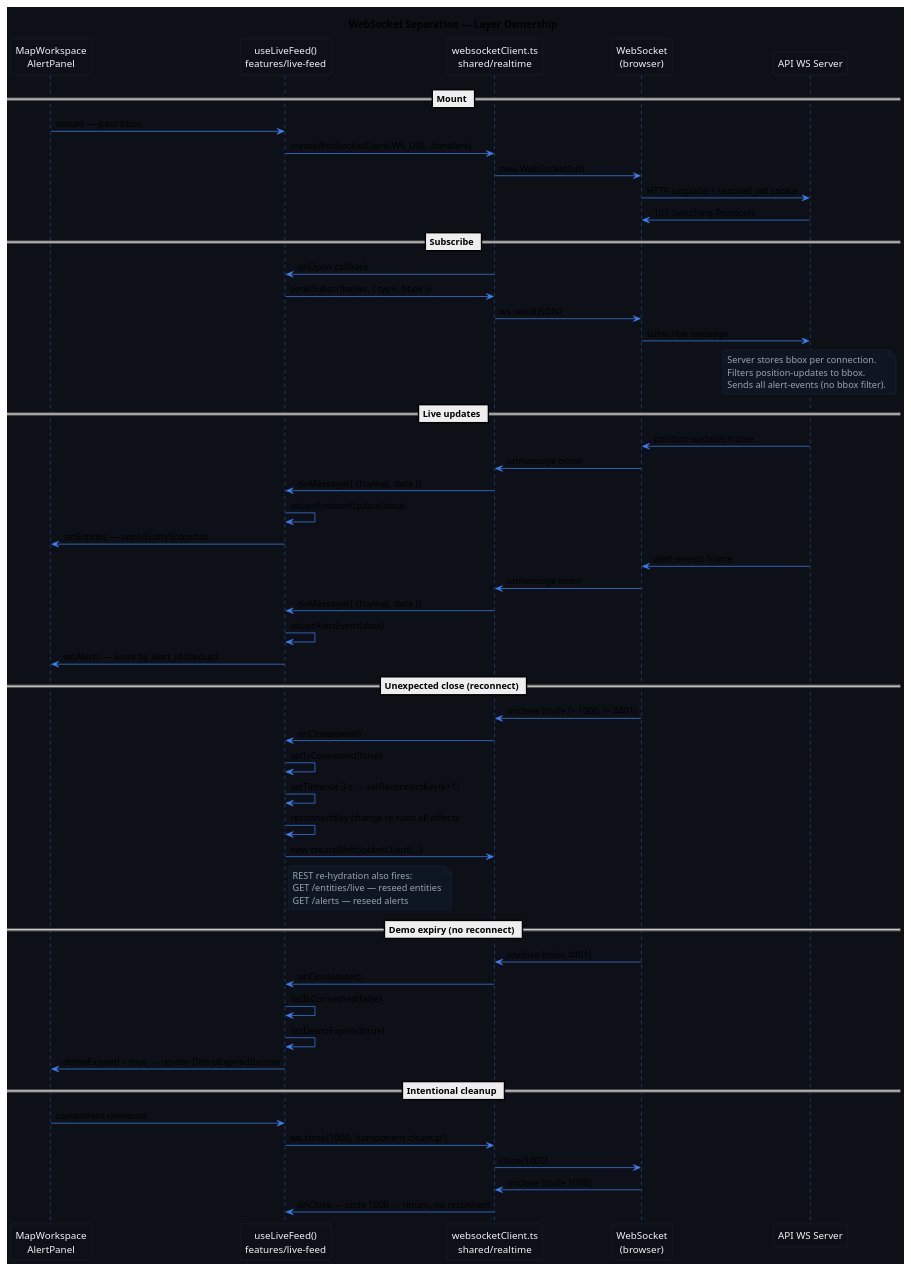
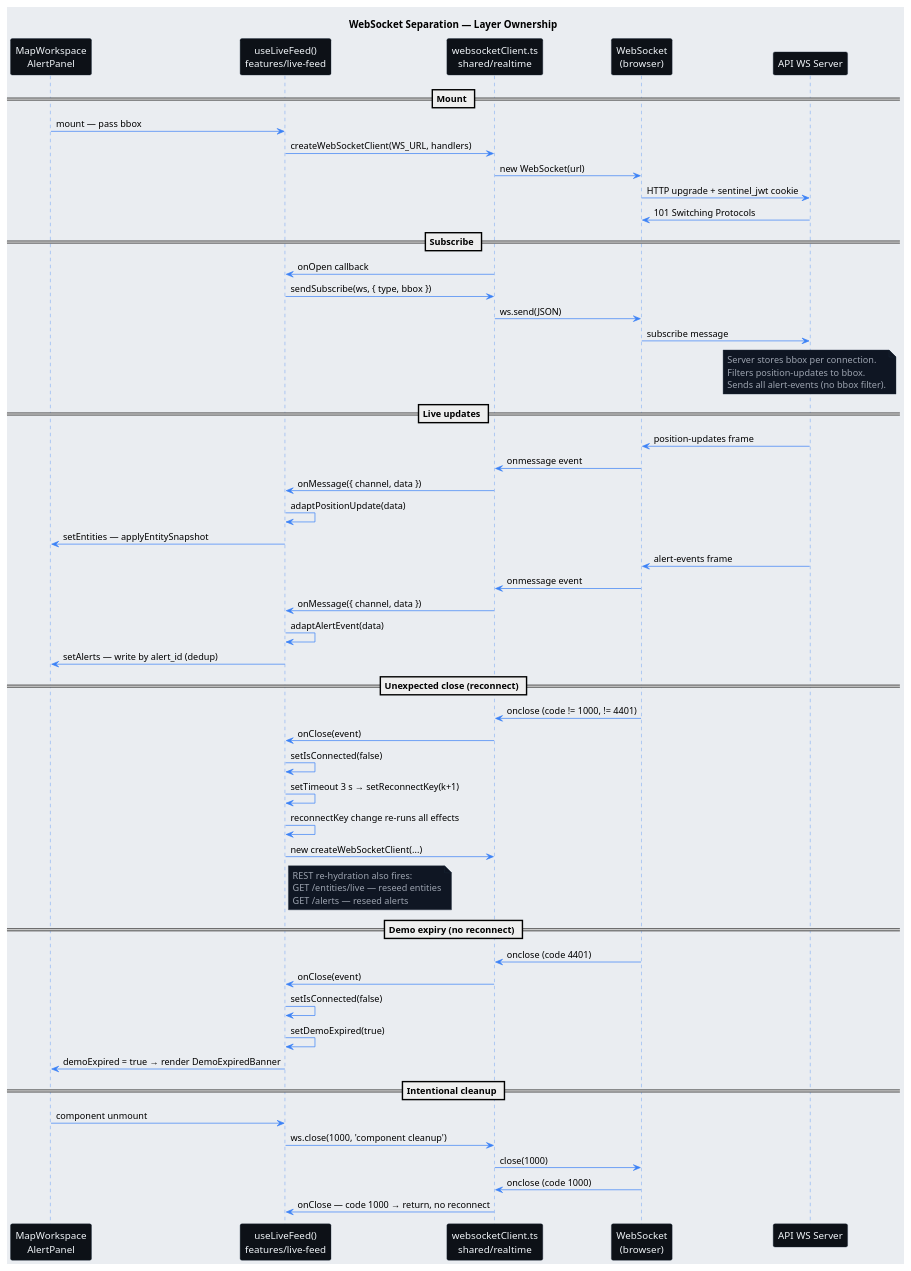
One commit to Buffden/sentinel changed the diagram in docs/implementation/phase-03-signal-loss-alert-delivery/concepts/dashboard/ws-separation-flow.puml. Above: the diagram before and after it, drawn with PlantUML.

Commit message:
docs: update ws-separation-flow diagram background color

```diff
--- a/docs/implementation/phase-03-signal-loss-alert-delivery/concepts/dashboard/ws-separation-flow.puml
+++ b/docs/implementation/phase-03-signal-loss-alert-delivery/concepts/dashboard/ws-separation-flow.puml
@@ -1,85 +1,85 @@
 @startuml ws-separation-flow
 title WebSocket Separation — Layer Ownership
 
-skinparam backgroundColor #0d1117
+skinparam backgroundColor #eaedf1
 skinparam sequenceArrowColor #3b82f6
 skinparam sequenceLifeLineBorderColor #3b82f6
 skinparam participantBorderColor #1e2d3d
 skinparam participantBackgroundColor #0d1117
 skinparam participantFontColor #f1f5f9
 skinparam noteBorderColor #1e2d3d
 skinparam noteBackgroundColor #0f1623
 skinparam noteFontColor #9ca3af
 
 participant "MapWorkspace\nAlertPanel" as UI
 participant "useLiveFeed()\nfeatures/live-feed" as Hook
 participant "websocketClient.ts\nshared/realtime" as Client
 participant "WebSocket\n(browser)" as WS
 participant "API WS Server" as API
 
 == Mount ==
 
 UI -> Hook : mount — pass bbox
 Hook -> Client : createWebSocketClient(WS_URL, handlers)
 Client -> WS : new WebSocket(url)
 WS -> API : HTTP upgrade + sentinel_jwt cookie
 API -> WS : 101 Switching Protocols
 
 == Subscribe ==
 
 Client -> Hook : onOpen callback
 Hook -> Client : sendSubscribe(ws, { type, bbox })
 Client -> WS : ws.send(JSON)
 WS -> API : subscribe message
 
 note over API
   Server stores bbox per connection.
   Filters position-updates to bbox.
   Sends all alert-events (no bbox filter).
 end note
 
 == Live updates ==
 
 API -> WS : position-updates frame
 WS -> Client : onmessage event
 Client -> Hook : onMessage({ channel, data })
 Hook -> Hook : adaptPositionUpdate(data)
 Hook -> UI : setEntities — applyEntitySnapshot
 
 API -> WS : alert-events frame
 WS -> Client : onmessage event
 Client -> Hook : onMessage({ channel, data })
 Hook -> Hook : adaptAlertEvent(data)
 Hook -> UI : setAlerts — write by alert_id (dedup)
 
 == Unexpected close (reconnect) ==
 
 WS -> Client : onclose (code != 1000, != 4401)
 Client -> Hook : onClose(event)
 Hook -> Hook : setIsConnected(false)
 Hook -> Hook : setTimeout 3 s → setReconnectKey(k+1)
 Hook -> Hook : reconnectKey change re-runs all effects
 Hook -> Client : new createWebSocketClient(...)
 note right of Hook
   REST re-hydration also fires:
   GET /entities/live — reseed entities
   GET /alerts — reseed alerts
 end note
 
 == Demo expiry (no reconnect) ==
 
 WS -> Client : onclose (code 4401)
 Client -> Hook : onClose(event)
 Hook -> Hook : setIsConnected(false)
 Hook -> Hook : setDemoExpired(true)
 Hook -> UI : demoExpired = true → render DemoExpiredBanner
 
 == Intentional cleanup ==
 
 UI -> Hook : component unmount
 Hook -> Client : ws.close(1000, 'component cleanup')
 Client -> WS : close(1000)
 WS -> Client : onclose (code 1000)
 Client -> Hook : onClose — code 1000 → return, no reconnect
 
 @enduml
```
